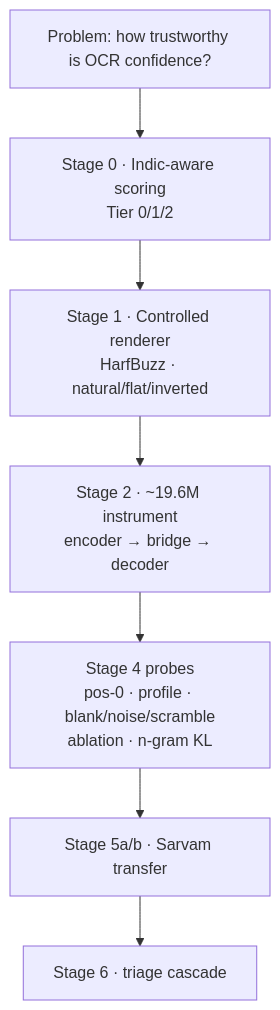
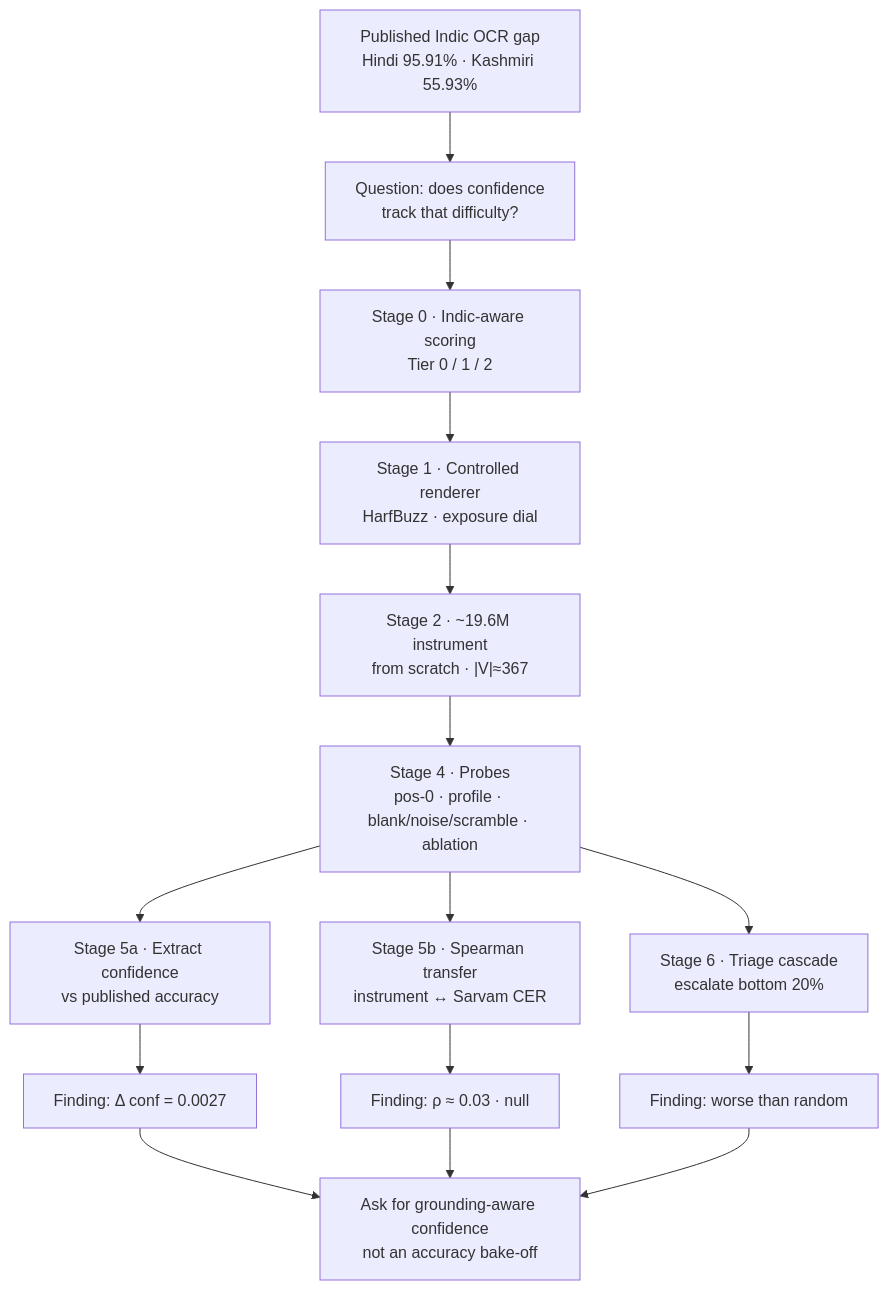
Before and after one commit to Adya6714/vlm-ocr-eval: the first of 11 diagrams in BOOK.md, drawn with Mermaid. The commit also changed other lines of this file and 4 other files, not shown here.

First line of the commit message:
Polish Production-first site with Mermaid atlases and BOOK flows.

````diff
--- a/BOOK.md
+++ b/BOOK.md
@@ -248,9 +252,17 @@
 ```mermaid
-flowchart TB
-  P[Problem: how trustworthy is OCR confidence?] --> S0[Stage 0 · Indic-aware scoring<br/>Tier 0/1/2]
-  S0 --> S1[Stage 1 · Controlled renderer<br/>HarfBuzz · natural/flat/inverted]
-  S1 --> S2[Stage 2 · ~19.6M instrument<br/>encoder → bridge → decoder]
-  S2 --> PR[Stage 4 probes<br/>pos-0 · profile · blank/noise/scramble<br/>ablation · n-gram KL]
-  PR --> T5[Stage 5a/b · Sarvam transfer]
-  T5 --> T6[Stage 6 · triage cascade]
+flowchart TD
+  A["Published Indic OCR gap<br/>Hindi 95.91% · Kashmiri 55.93%"] --> B["Question: does confidence<br/>track that difficulty?"]
+  B --> C["Stage 0 · Indic-aware scoring<br/>Tier 0 / 1 / 2"]
+  C --> D["Stage 1 · Controlled renderer<br/>HarfBuzz · exposure dial"]
+  D --> E["Stage 2 · ~19.6M instrument<br/>from scratch · |V|≈367"]
+  E --> F["Stage 4 · Probes<br/>pos-0 · profile · blank/noise/scramble · ablation"]
+  F --> G["Stage 5a · Extract confidence<br/>vs published accuracy"]
+  F --> H["Stage 5b · Spearman transfer<br/>instrument ↔ Sarvam CER"]
+  F --> I["Stage 6 · Triage cascade<br/>escalate bottom 20%"]
+  G --> J["Finding: Δ conf = 0.0027"]
+  H --> K["Finding: ρ ≈ 0.03 · null"]
+  I --> L["Finding: worse than random"]
+  J --> M["Ask for grounding-aware confidence<br/>not an accuracy bake-off"]
+  K --> M
+  L --> M
 ```
````
